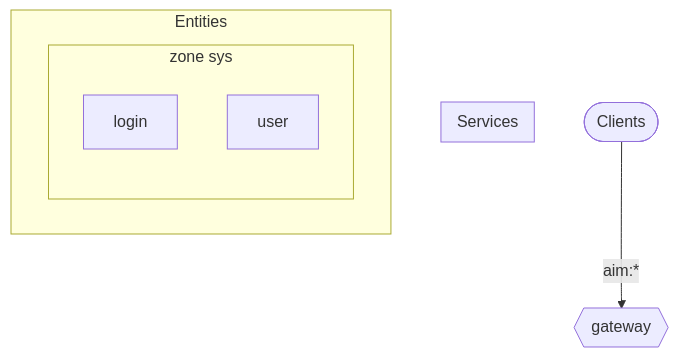
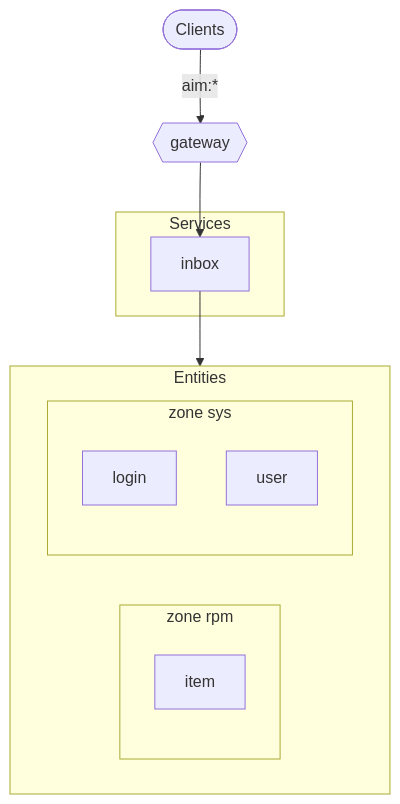
One commit to voxgig/repo-manager changed the first of 2 diagrams in docs/reference/system-map.md. Above: the diagram before and after it, drawn with Mermaid. The commit also changed 21 other files, not shown here.

````diff
--- a/docs/reference/system-map.md
+++ b/docs/reference/system-map.md
@@ -10,12 +10,18 @@
 ```mermaid
 flowchart TB
   client([Clients]) -->|aim:*| gateway{{gateway}}
   subgraph services[Services]
+    srv_inbox[inbox]
   end
+  gateway --> srv_inbox
   subgraph data[Entities]
+    subgraph zone_rpm[zone rpm]
+      rpm_item[item]
+    end
     subgraph zone_sys[zone sys]
       sys_login[login]
       sys_user[user]
     end
   end
+  srv_inbox --> data
 ```
````
